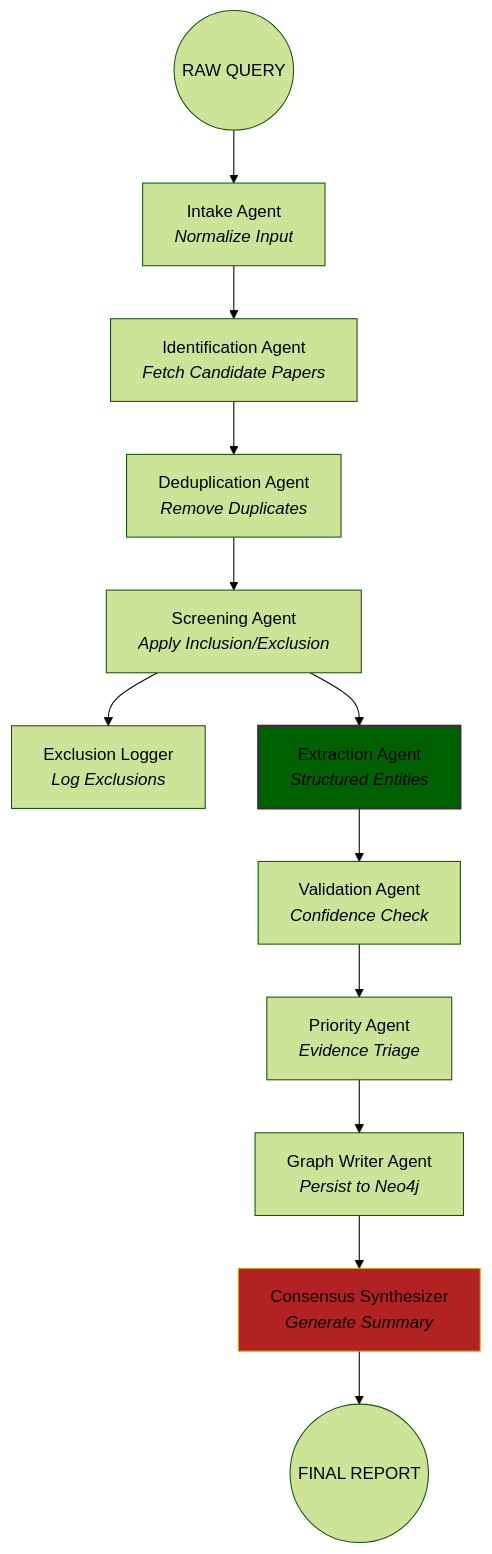
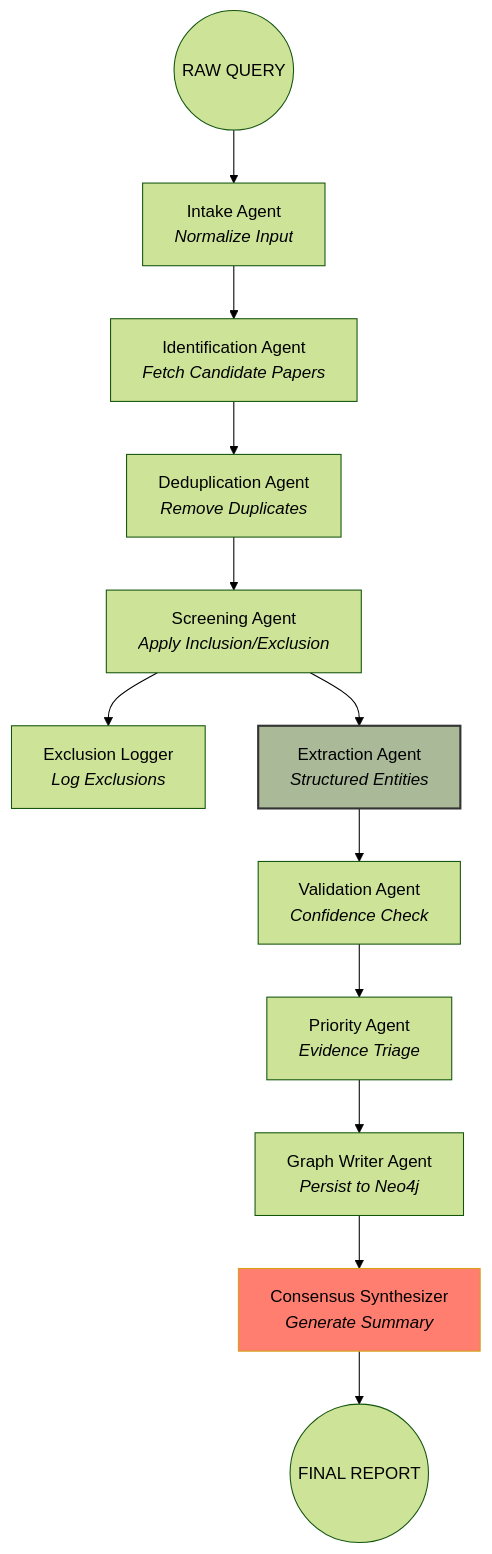
The first of 2 diagrams in README.md (adityatw/slr-cell), drawn with Mermaid (forest theme) before and after one commit.

````diff
--- a/README.md
+++ b/README.md
@@ -43,18 +43,18 @@
 ```mermaid
 graph TD
     Start((RAW QUERY)) --> Intake[Intake Agent<br/><i>Normalize Input</i>]
     Intake --> Identify[Identification Agent<br/><i>Fetch Candidate Papers</i>]
     Identify --> Dedup[Deduplication Agent<br/><i>Remove Duplicates</i>]
     Dedup --> Screen[Screening Agent<br/><i>Apply Inclusion/Exclusion</i>]
     Screen --> Exclude[Exclusion Logger<br/><i>Log Exclusions</i>]
     Screen --> Extract[Extraction Agent<br/><i>Structured Entities</i>]
     Extract --> Validate[Validation Agent<br/><i>Confidence Check</i>]
     Validate --> Priority[Priority Agent<br/><i>Evidence Triage</i>]
     Priority --> Graph[Graph Writer Agent<br/><i>Persist to Neo4j</i>]
     Graph --> Consensus[Consensus Synthesizer<br/><i>Generate Summary</i>]
     Consensus --> End((FINAL REPORT))
 
-    style Extract fill:#006100,stroke:#333,stroke-width:2px
-    style Consensus fill:#b22222,stroke:#d4a017
+    style Extract fill:#aaba99,stroke:#333,stroke-width:2px
+    style Consensus fill:#ff7e70,stroke:#d4a017
 
 ```
````
